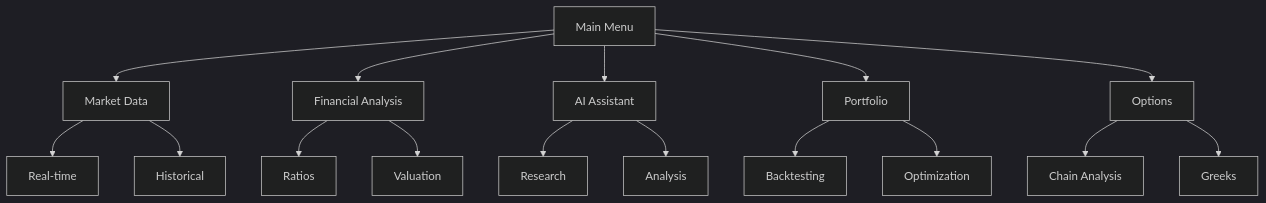
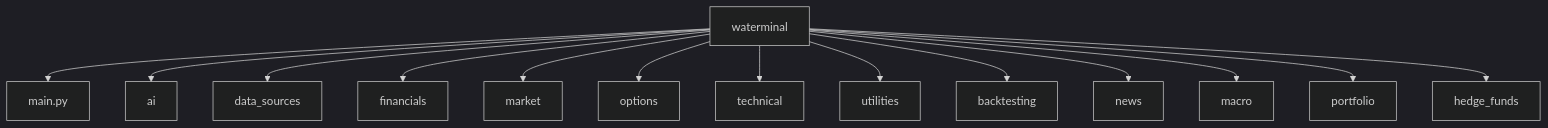
One commit to wanazhar/waterminal changed the diagram in README.md. Above: the diagram before and after it, drawn with Mermaid (dark theme). The commit also changed other lines of this file and 18 other files, not shown here.

````diff
--- a/README.md
+++ b/README.md
@@ -108,18 +38,16 @@
 ```mermaid
-graph TD
-    A[Main Menu] --> B[Market Data]
-    A --> C[Financial Analysis]
-    A --> D[AI Assistant]
-    A --> E[Portfolio]
-    A --> F[Options]
-    B --> G[Real-time]
-    B --> H[Historical]
-    C --> I[Ratios]
-    C --> J[Valuation]
-    D --> K[Research]
-    D --> L[Analysis]
-    E --> M[Backtesting]
-    E --> N[Optimization]
-    F --> O[Chain Analysis]
-    F --> P[Greeks]
+flowchart TD
+    A[waterminal] --> B[main.py]
+    A --> C[ai]
+    A --> D[data_sources]
+    A --> E[financials]
+    A --> F[market]
+    A --> G[options]
+    A --> H[technical]
+    A --> I[utilities]
+    A --> J[backtesting]
+    A --> K[news]
+    A --> L[macro]
+    A --> M[portfolio]
+    A --> N[hedge_funds]
 ```
````
